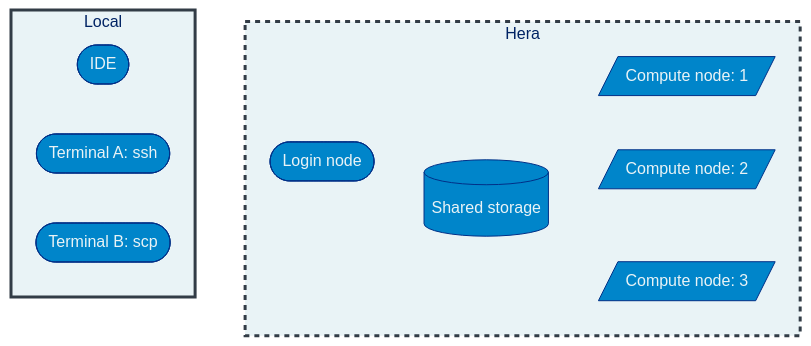
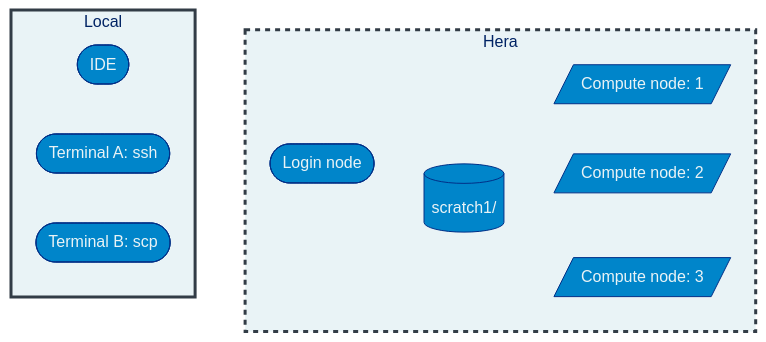
One commit to MOshima-PIFSC/NSASS-HTC-HPC-Computing changed the first of 9 diagrams in assets/presentation.qmd. Above: the diagram before and after it, drawn with Mermaid. The commit also changed other lines of this file and 4 other files, not shown here.

````diff
--- a/assets/presentation.qmd
+++ b/assets/presentation.qmd
@@ -435,43 +436,43 @@
 ```{mermaid}
 %%{
   init: {
     "theme": "base",
     "themeVariables": {
       "background": "#f4f4f4",
       "primaryColor": "#0085CA",
       "primaryTextColor": "#e9f3f6",
       "primaryBorderColor": "#003087",
       "lineColor": "#002364",
       "clusterBkg": "#e9f3f6",
       "clusterBorder": "#323C46",
       "titleColor": "#002364"
     }
   }
 }%%
 flowchart LR
 subgraph Local
 L1([IDE])
 L2([Terminal A: ssh])
 L3([Terminal B: scp])
 end
 L2~~~H1
 L3~~~H1
 subgraph Hera [Hera]
 H1([Login node])
 H2_1[/Compute node: 1/]
 H2_2[/Compute node: 2/]
 H2_3[/Compute node: 3/]
-H3[(Shared storage)]
+H3[("scratch1/")]
 end
 H1~~~H2_1
 H1~~~H2_2
 H1~~~H2_3
 
 H1~~~H3
 
 H3~~~H2_1
 H3~~~H2_2
 H3~~~H2_3
 style Local stroke-width:3px
 style Hera stroke-width:3px,stroke-dasharray: 5 5
 ```
````
